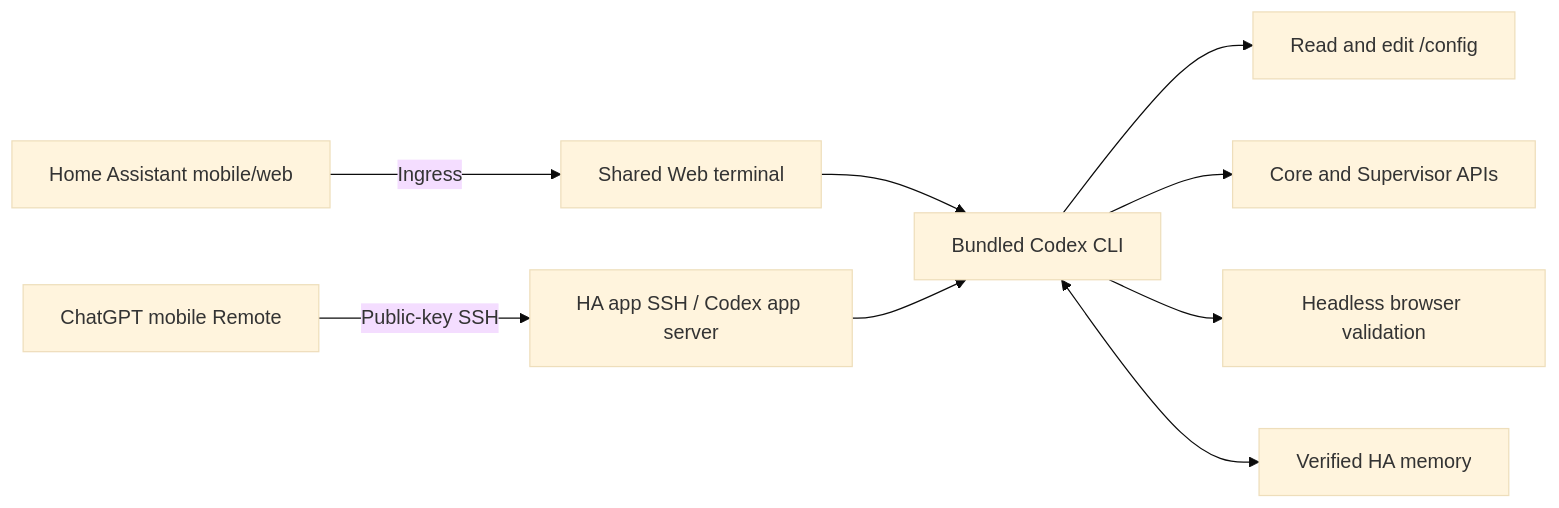
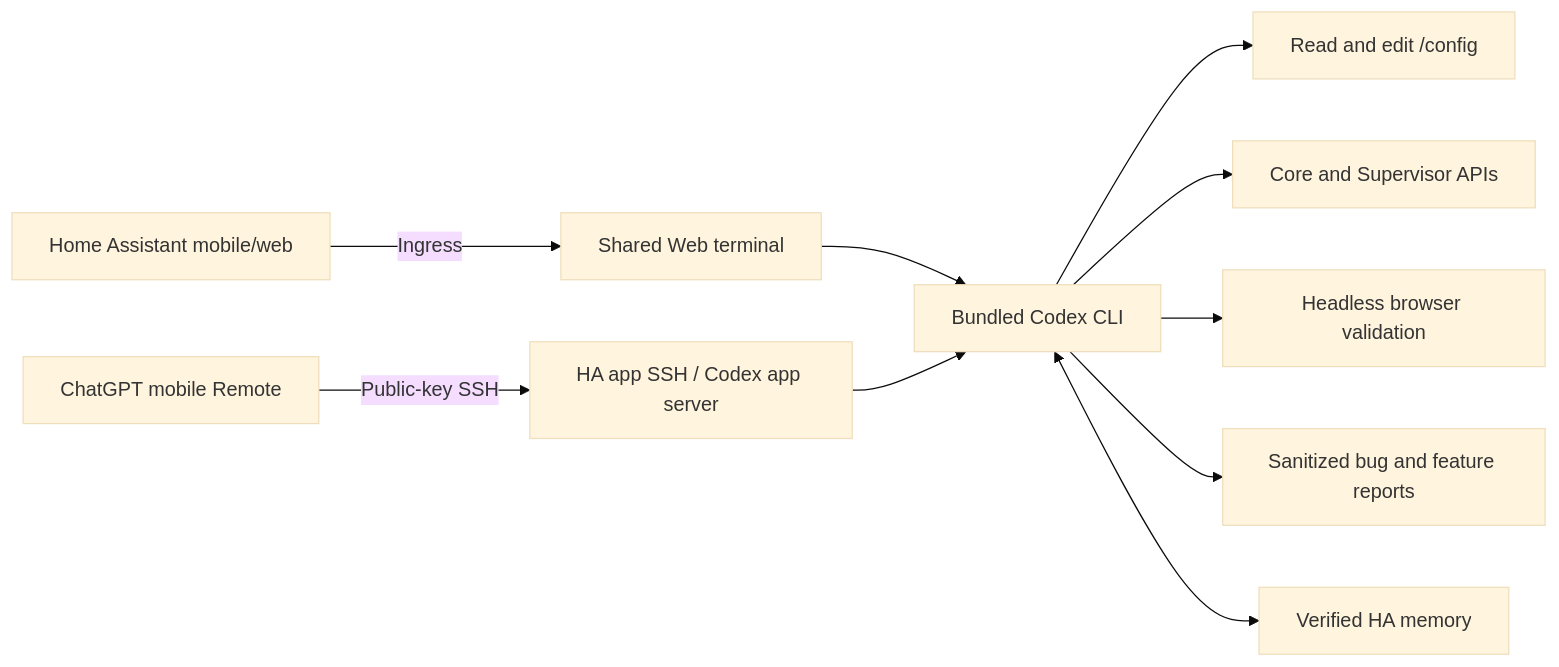
The diagram in README.en.md (Kanu-Coffee/codex-for-home-assistant), drawn with Mermaid (base theme) before and after one commit. The commit also changed other lines of this file and 44 other files, not shown here.

````diff
--- a/README.en.md
+++ b/README.en.md
@@ -64,11 +65,12 @@
 ```mermaid
 flowchart LR
     M["Home Assistant mobile/web"] -->|Ingress| T["Shared Web terminal"]
     P["ChatGPT mobile Remote"] -->|Public-key SSH| S["HA app SSH / Codex app server"]
     T --> C["Bundled Codex CLI"]
     S --> C
     C --> F["Read and edit /config"]
     C --> A["Core and Supervisor APIs"]
     C --> B["Headless browser validation"]
+    C --> R["Sanitized bug and feature reports"]
     C <--> H["Verified HA memory"]
 ```
````
